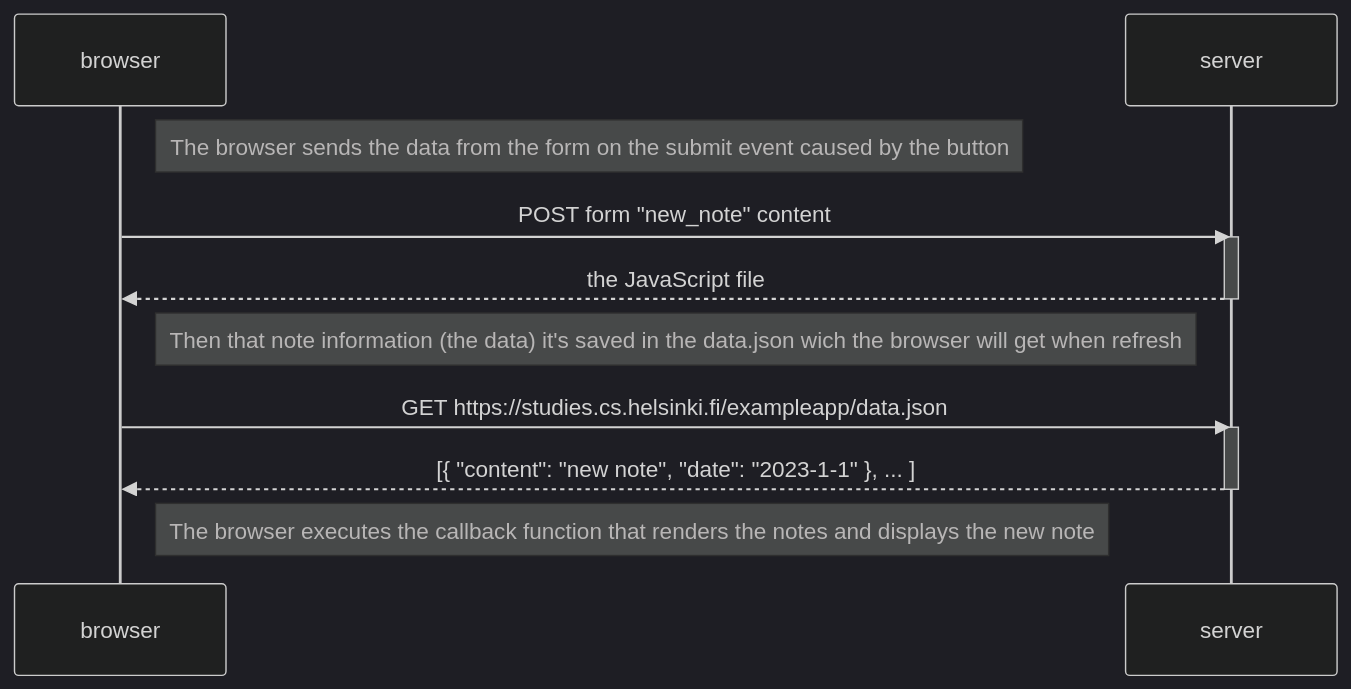
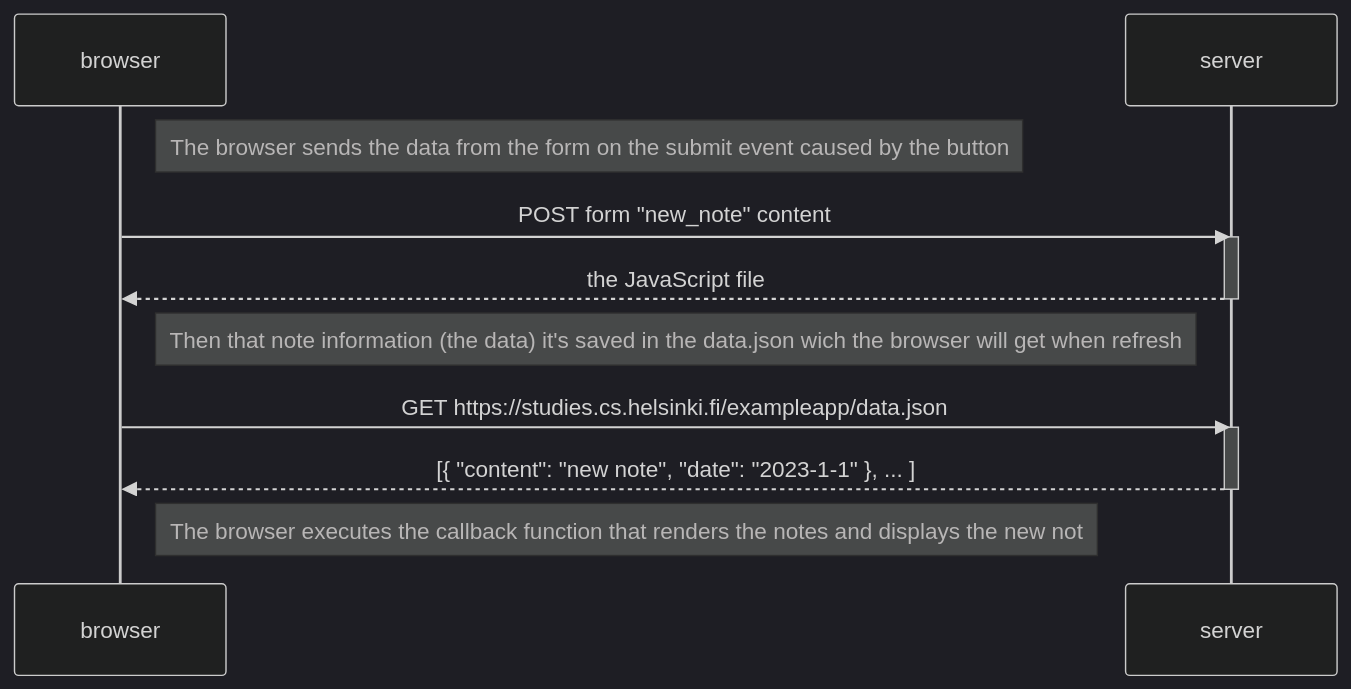
The diagram in Part_0/diagram.md (BryanRamirez21/FS-course), drawn with Mermaid (dark theme) before and after one commit.

````diff
--- a/Part_0/diagram.md
+++ b/Part_0/diagram.md
@@ -1,22 +1,22 @@
 ```mermaid
   sequenceDiagram
     participant browser
     participant server
 
     Note right of browser: The browser sends the data from the form on the submit event caused by the button
 
     browser->>server: POST form "new_note" content
     activate server
     server-->>browser: the JavaScript file
     deactivate server
 
     Note right of browser: Then that note information (the data) it's saved in the data.json wich the browser will get when refresh
 
 
     browser->>server: GET https://studies.cs.helsinki.fi/exampleapp/data.json
     activate server
     server-->>browser: [{ "content": "new note", "date": "2023-1-1" }, ... ]
     deactivate server
 
-    Note right of browser: The browser executes the callback function that renders the notes and displays the new note
+    Note right of browser: The browser executes the callback function that renders the notes and displays the new not
 ```
````
